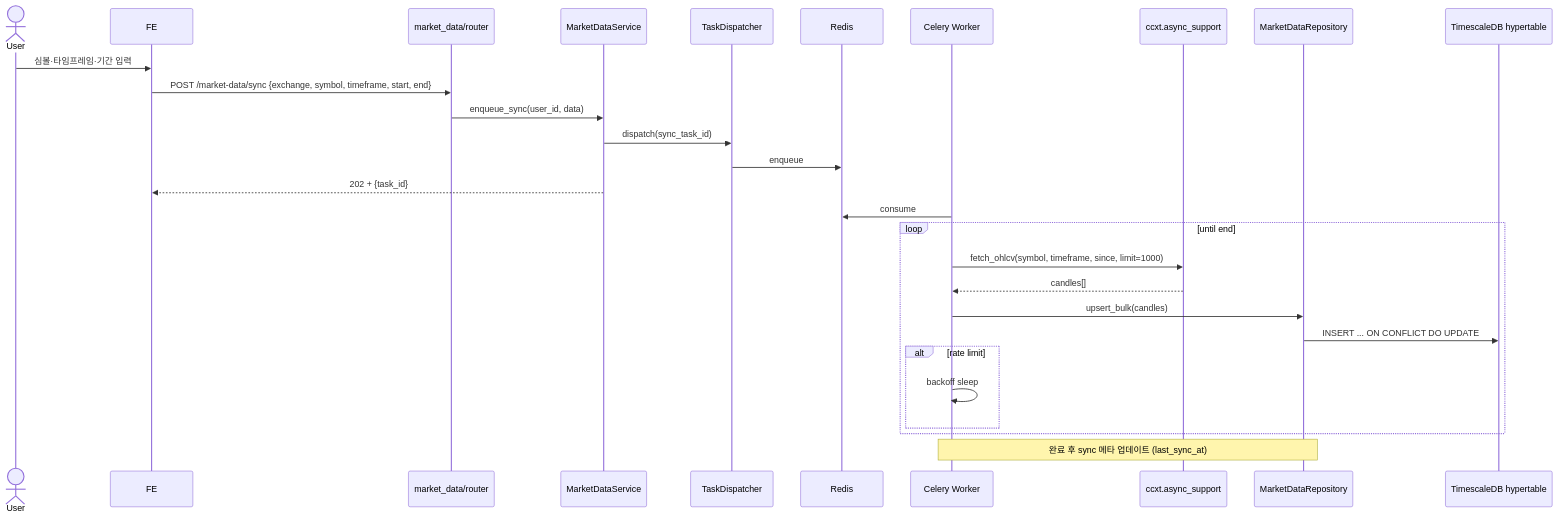
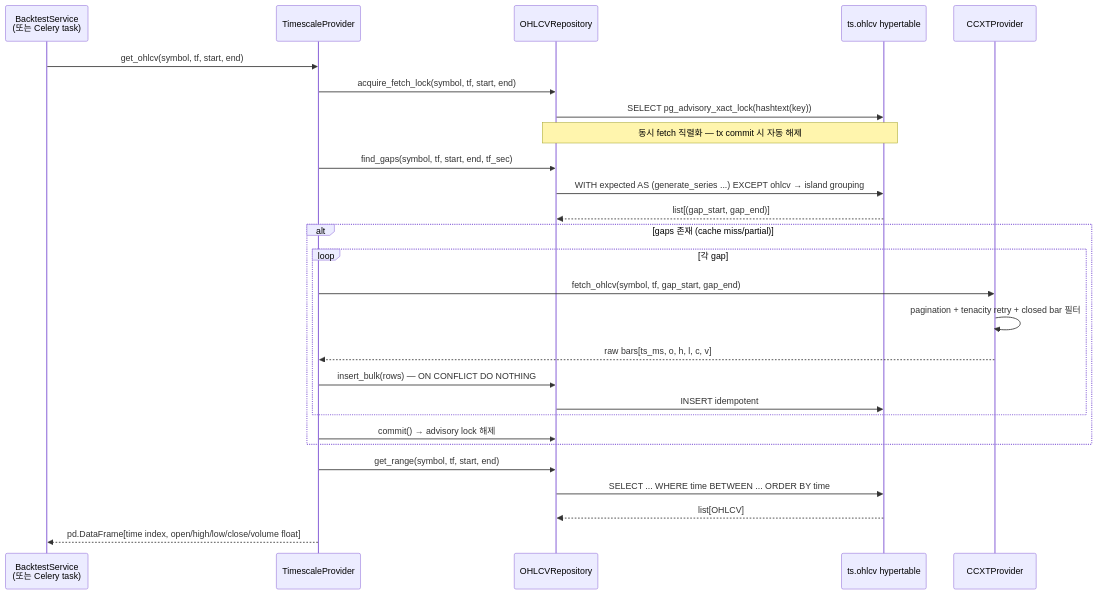
One commit to woosung-dev/quantbridge changed the sixth of 6 diagrams in docs/04_architecture/data-flow.md. Above: the diagram before and after it, drawn with Mermaid. The commit also changed other lines of this file and 7 other files, not shown here.

````diff
--- a/docs/04_architecture/data-flow.md
+++ b/docs/04_architecture/data-flow.md
@@ -219,33 +221,33 @@
 ```mermaid
 sequenceDiagram
-    actor User
-    participant FE
-    participant Router as market_data/router
-    participant SVC as MarketDataService
-    participant Disp as TaskDispatcher
-    participant Redis
-    participant W as Celery Worker
-    participant CCXT as ccxt.async_support
-    participant Repo as MarketDataRepository
-    participant TS as TimescaleDB hypertable
+    participant Backtest as BacktestService<br/>(또는 Celery task)
+    participant TP as TimescaleProvider
+    participant Repo as OHLCVRepository
+    participant TS as ts.ohlcv hypertable
+    participant CCXT as CCXTProvider
 
-    User->>FE: 심볼·타임프레임·기간 입력
-    FE->>Router: POST /market-data/sync {exchange, symbol, timeframe, start, end}
-    Router->>SVC: enqueue_sync(user_id, data)
-    SVC->>Disp: dispatch(sync_task_id)
-    Disp->>Redis: enqueue
-    SVC-->>FE: 202 + {task_id}
+    Backtest->>TP: get_ohlcv(symbol, tf, start, end)
+    TP->>Repo: acquire_fetch_lock(symbol, tf, start, end)
+    Repo->>TS: SELECT pg_advisory_xact_lock(hashtext(key))
+    Note over Repo,TS: 동시 fetch 직렬화 — tx commit 시 자동 해제
 
-    W->>Redis: consume
-    loop until end
-        W->>CCXT: fetch_ohlcv(symbol, timeframe, since, limit=1000)
-        CCXT-->>W: candles[]
-        W->>Repo: upsert_bulk(candles)
-        Repo->>TS: INSERT ... ON CONFLICT DO UPDATE
-        alt rate limit
-            W->>W: backoff sleep
+    TP->>Repo: find_gaps(symbol, tf, start, end, tf_sec)
+    Repo->>TS: WITH expected AS (generate_series ...) EXCEPT ohlcv → island grouping
+    TS-->>Repo: list[(gap_start, gap_end)]
+
+    alt gaps 존재 (cache miss/partial)
+        loop 각 gap
+            TP->>CCXT: fetch_ohlcv(symbol, tf, gap_start, gap_end)
+            CCXT->>CCXT: pagination + tenacity retry + closed bar 필터
+            CCXT-->>TP: raw bars[ts_ms, o, h, l, c, v]
+            TP->>Repo: insert_bulk(rows) — ON CONFLICT DO NOTHING
+            Repo->>TS: INSERT idempotent
         end
+        TP->>Repo: commit() → advisory lock 해제
     end
 
-    Note over W,Repo: 완료 후 sync 메타 업데이트 (last_sync_at)
+    TP->>Repo: get_range(symbol, tf, start, end)
+    Repo->>TS: SELECT ... WHERE time BETWEEN ... ORDER BY time
+    TS-->>Repo: list[OHLCV]
+    TP-->>Backtest: pd.DataFrame[time index, open/high/low/close/volume float]
 ```
````
